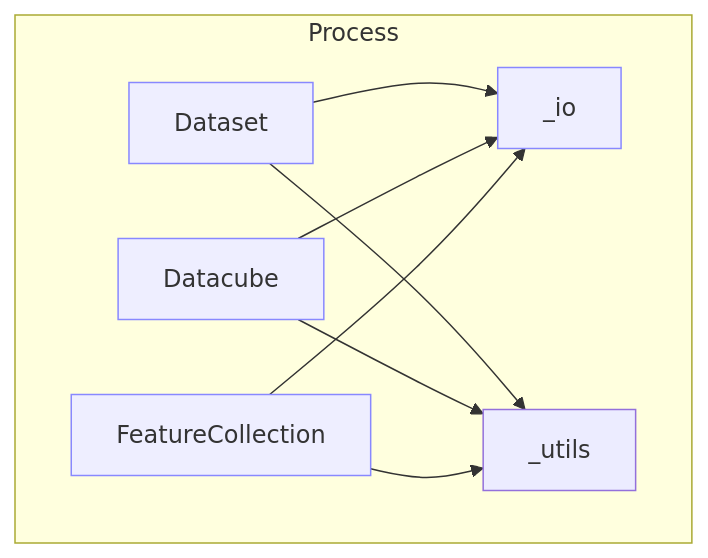
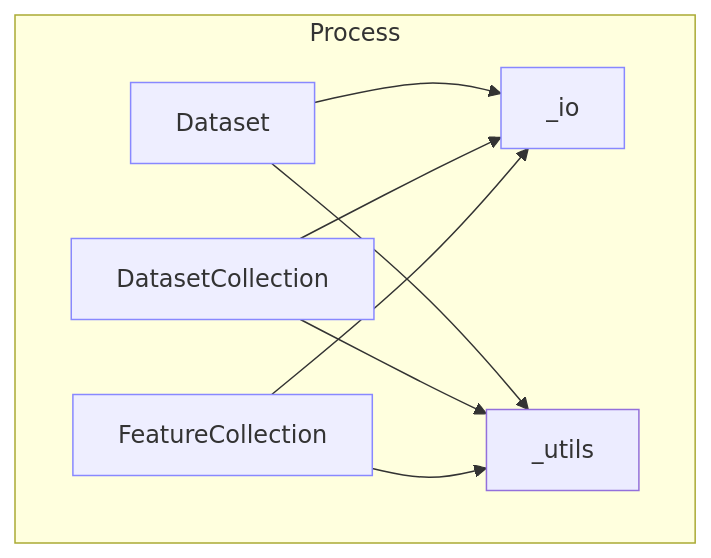
One commit to Serapieum-of-alex/pyramids changed the second of 3 diagrams in docs/overview/how-it-works.md. Above: the diagram before and after it, drawn with Mermaid. The commit also changed other lines of this file and 59 other files, not shown here.

````diff
--- a/docs/overview/how-it-works.md
+++ b/docs/overview/how-it-works.md
@@ -18,12 +18,12 @@
 ```mermaid
 flowchart TB
   subgraph Process
     A[Dataset]:::c --> B[_io]:::c
-    C[Datacube]:::c --> B
+    C[DatasetCollection]:::c --> B
     D[FeatureCollection]:::c --> B
     A --> E[_utils]
     C --> E
     D --> E
   end
   classDef c fill:#eef,stroke:#88f
 ```
````
